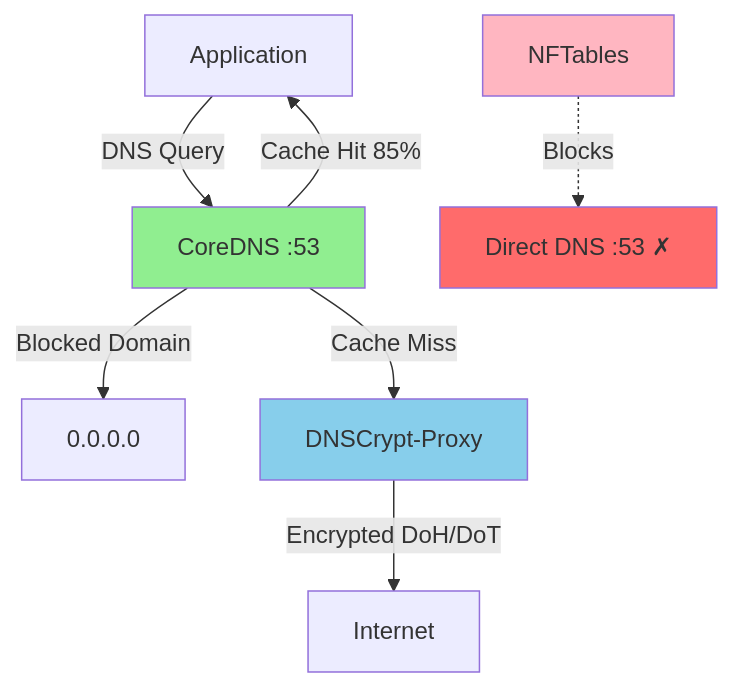
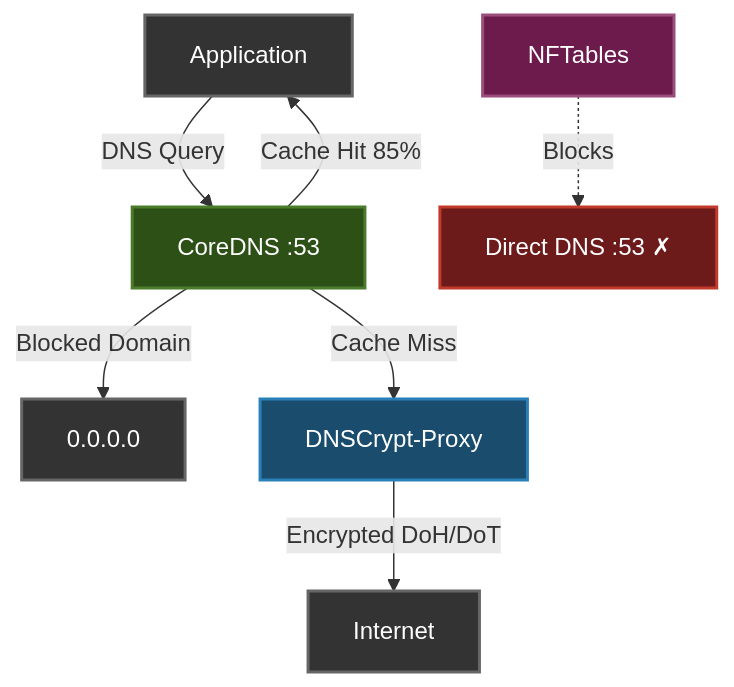
One commit to QguAr71/Cytadela changed the diagram in README.md. Above: the diagram before and after it, drawn with Mermaid.

Commit message:
Fix Mermaid diagram colors for dark mode readability
Problem: Light colors (green, light blue, pink) had poor contrast
with white text on GitHub dark mode - text was unreadable.

Solution: Changed to darker color palette with white text:
- CoreDNS: #2d5016 (dark green) with white text
- DNSCrypt: #1a4d6d (dark blue) with white text
- NFTables: #6d1a4d (dark purple) with white text
- Blocked DNS: #6d1a1a (dark red) with white text
- Other boxes: #333 (dark gray) with white text

Result: All text now readable on both light and dark GitHub themes.

Restored sections that were accidentally removed.

````diff
--- a/README.md
+++ b/README.md
@@ -54,14 +54,17 @@
 ```mermaid
 graph TD
     A[Application] -->|DNS Query| B[CoreDNS :53]
     B -->|Cache Hit 85%| A
     B -->|Blocked Domain| C[0.0.0.0]
     B -->|Cache Miss| D[DNSCrypt-Proxy]
     D -->|Encrypted DoH/DoT| E[Internet]
     F[NFTables] -.->|Blocks| G[Direct DNS :53 ✗]
     
-    style B fill:#90EE90
-    style D fill:#87CEEB
-    style F fill:#FFB6C1
-    style G fill:#FF6B6B
+    style B fill:#2d5016,stroke:#4a7c2c,stroke-width:2px,color:#fff
+    style D fill:#1a4d6d,stroke:#2980b9,stroke-width:2px,color:#fff
+    style F fill:#6d1a4d,stroke:#9b4d7c,stroke-width:2px,color:#fff
+    style G fill:#6d1a1a,stroke:#c0392b,stroke-width:2px,color:#fff
+    style A fill:#333,stroke:#666,stroke-width:2px,color:#fff
+    style C fill:#333,stroke:#666,stroke-width:2px,color:#fff
+    style E fill:#333,stroke:#666,stroke-width:2px,color:#fff
 ```
````
